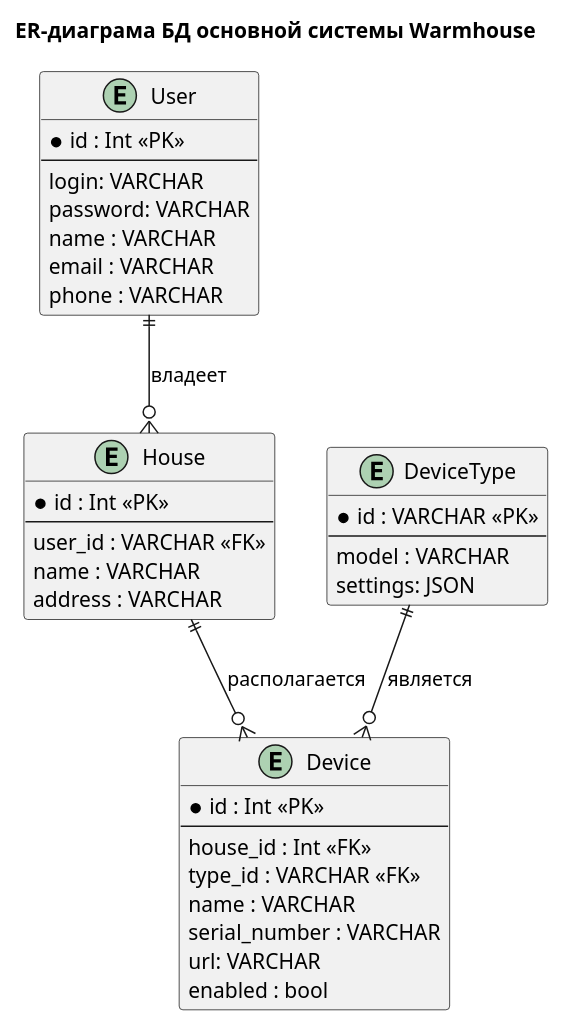
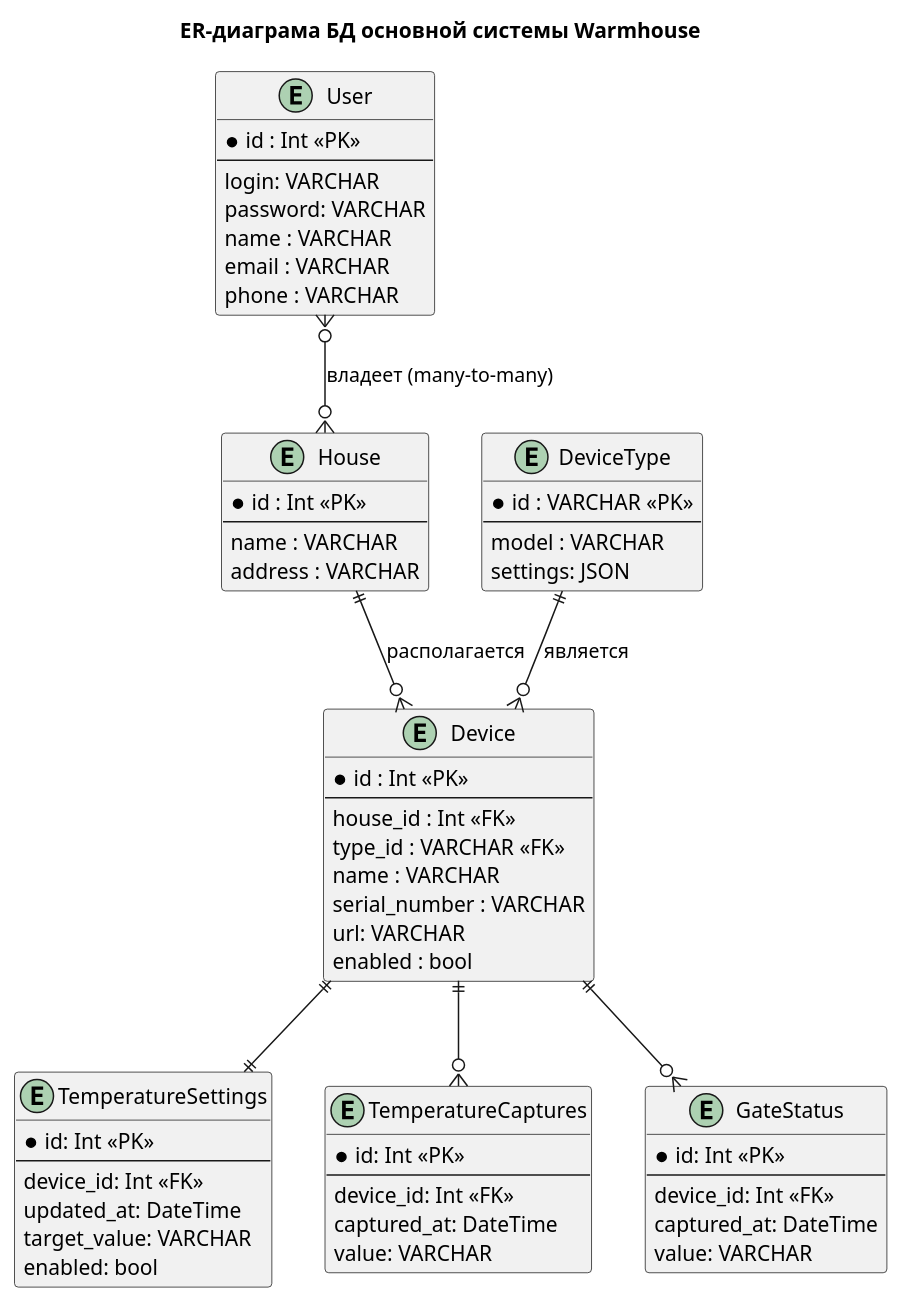
Before and after one commit to atlasag/architecture-pro-warmhouse: the diagram in schemas/er/main.puml, drawn with PlantUML. The commit also changed 6 other files, not shown here.

```diff
--- a/schemas/er/main.puml
+++ b/schemas/er/main.puml
@@ -1,47 +1,75 @@
 @startuml
 
 title ER-диаграма БД основной системы Warmhouse
 
 'skinparam linetype ortho
 
 ' Сущности и их атрибуты
 entity "User" {
   *id : Int <<PK>>
   --
   login: VARCHAR
   password: VARCHAR
   name : VARCHAR
   email : VARCHAR
   phone : VARCHAR
 }
 
 entity "House" {
   *id : Int <<PK>>
   --
-  user_id : VARCHAR <<FK>>
   name : VARCHAR
   address : VARCHAR
 }
-User ||--o{ House : владеет
+User }o--o{ House : владеет (many-to-many)
 
 entity "Device" {
   *id : Int <<PK>>
   --
   house_id : Int <<FK>>
   type_id : VARCHAR <<FK>>
   name : VARCHAR
   serial_number : VARCHAR
   url: VARCHAR
   enabled : bool
 }
 House ||--o{ Device : располагается
 
 entity "DeviceType" {
   *id : VARCHAR <<PK>>
   --
   model : VARCHAR
   settings: JSON
 }
 DeviceType ||--o{ Device : является
 
+entity "TemperatureSettings"{
+  *id: Int <<PK>>
+  --
+  device_id: Int <<FK>>
+  updated_at: DateTime
+  target_value: VARCHAR
+  enabled: bool
+}
+Device ||--|| "TemperatureSettings"
+
+
+entity "TemperatureCaptures" {
+  *id: Int <<PK>>
+  --
+  device_id: Int <<FK>>
+  captured_at: DateTime
+  value: VARCHAR
+}
+Device ||--o{ "TemperatureCaptures"
+
+entity "GateStatus" {
+  *id: Int <<PK>>
+  --
+  device_id: Int <<FK>>
+  captured_at: DateTime
+  value: VARCHAR
+}
+Device ||--o{ "GateStatus"
+
 @enduml
```
